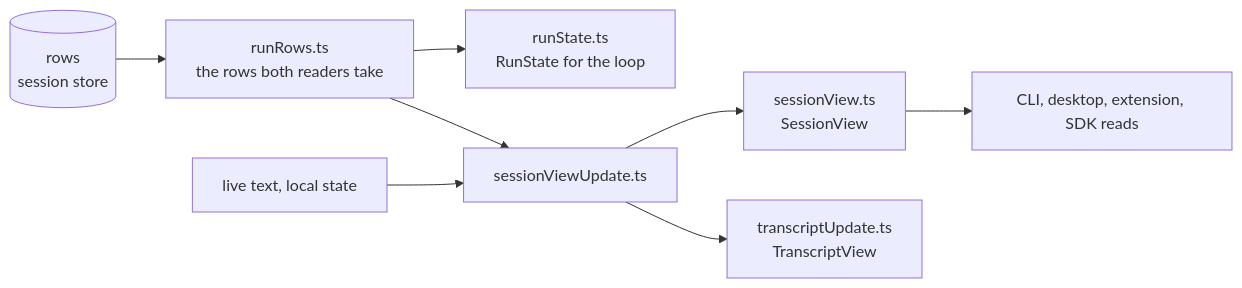
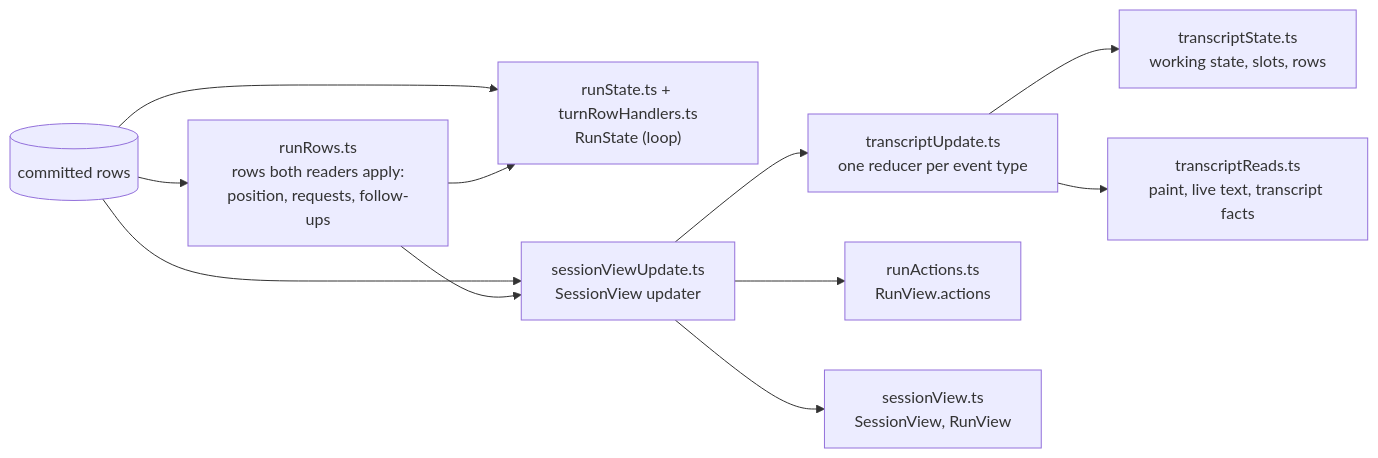
The diagram in packages/harness/src/shared/session/README.md (LionSR/TeXRA), drawn with Mermaid before and after one commit. The commit also changed other lines of this file and 23 other files, not shown here.

First line of the commit message:
refactor(session): event folds as named steps, casts and ! modeled away

````diff
--- a/packages/harness/src/shared/session/README.md
+++ b/packages/harness/src/shared/session/README.md
@@ -17,10 +11,14 @@
 ```mermaid
 flowchart LR
-  rows[(rows<br>session store)] --> runRows[runRows.ts<br>the rows both readers take]
-  runRows --> runState[runState.ts<br>RunState for the loop]
-  runRows --> update[sessionViewUpdate.ts]
-  live[live text, local state] --> update
-  update --> view[sessionView.ts<br>SessionView]
-  update --> transcript[transcriptUpdate.ts<br>TranscriptView]
-  view --> renderers[CLI, desktop, extension, SDK reads]
+  rows[(committed rows)]
+  rows --> runRows["runRows.ts<br/>rows both readers apply:<br/>position, requests, follow-ups"]
+  rows --> runState["runState.ts + turnRowHandlers.ts<br/>RunState (loop)"]
+  runRows --> runState
+  rows --> update["sessionViewUpdate.ts<br/>SessionView updater"]
+  runRows --> update
+  update --> transcriptUpdate["transcriptUpdate.ts<br/>one reducer per event type"]
+  transcriptUpdate --> transcriptState["transcriptState.ts<br/>working state, slots, rows"]
+  transcriptUpdate --> transcriptReads["transcriptReads.ts<br/>paint, live text, transcript facts"]
+  update --> runActions["runActions.ts<br/>RunView.actions"]
+  update --> view["sessionView.ts<br/>SessionView, RunView"]
 ```
````
